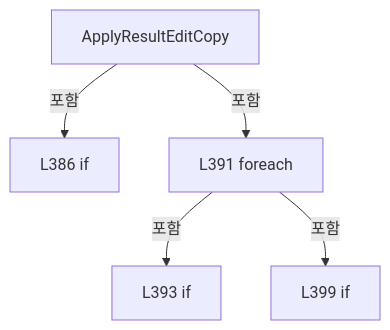
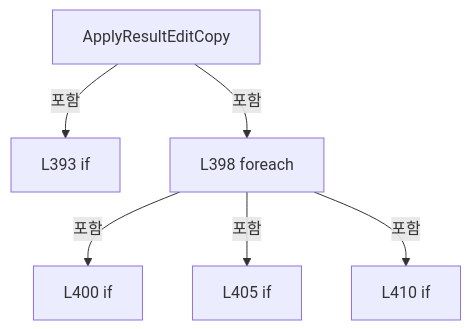
Diagram 16 of 24 in A3 LD Code Ref/files/Drilling.UI/Menu/Menus/CMenuCorrection.ReviewData.Edit.cs.md (kjuws10-rgb/Shared), drawn with Mermaid before and after one commit. The commit also changed other lines of this file and 2071 other files, not shown here.

Commit message:
docs(a3): update 11.19.0 architecture and code reference

````diff
--- a/A3 LD Code Ref/files/Drilling.UI/Menu/Menus/CMenuCorrection.ReviewData.Edit.cs.md
+++ b/A3 LD Code Ref/files/Drilling.UI/Menu/Menus/CMenuCorrection.ReviewData.Edit.cs.md
@@ -2895,12 +2989,14 @@
 ```mermaid
 flowchart TD
  M["ApplyResultEditCopy"]
- N0["L386 if"]
+ N0["L393 if"]
  M -->|포함| N0
- N1["L391 foreach"]
+ N1["L398 foreach"]
  M -->|포함| N1
- N2["L393 if"]
+ N2["L400 if"]
  N1 -->|포함| N2
- N3["L399 if"]
+ N3["L405 if"]
  N1 -->|포함| N3
+ N4["L410 if"]
+ N1 -->|포함| N4
 ```
````
